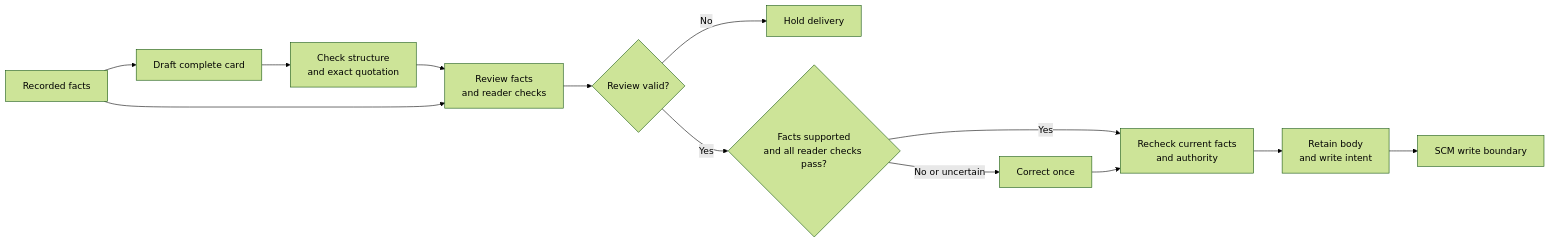
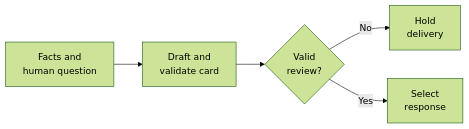
Diagram 13 of 16 in docs/architecture.md (fireflyframework/firefly-forge), drawn with Mermaid (forest theme) before and after one commit. The commit also changed other lines of this file, not shown here.

Commit message:
Keep semantic review diagrams legible across viewport sizes

````diff
--- a/docs/architecture.md
+++ b/docs/architecture.md
@@ -767,15 +767,7 @@
 ```mermaid
 flowchart LR
-    F["Recorded facts"] --> W["Draft complete card"]
-    W --> N["Check structure<br/>and exact quotation"]
-    N --> R["Review facts<br/>and reader checks"]
-    F --> R
-    R --> Q{"Review valid?"}
-    Q -->|No| H["Hold delivery"]
-    Q -->|Yes| V{"Facts supported<br/>and all reader checks pass?"}
-    V -->|Yes| C["Recheck current facts<br/>and authority"]
-    V -->|No or uncertain| B["Correct once"]
-    B --> C
-    C --> I["Retain body<br/>and write intent"]
-    I --> P["SCM write boundary"]
+    F["Facts and<br/>human question"] --> W["Draft and<br/>validate card"]
+    W --> R{"Valid<br/>review?"}
+    R -->|No| H["Hold<br/>delivery"]
+    R -->|Yes| S["Select<br/>response"]
 ```
````
